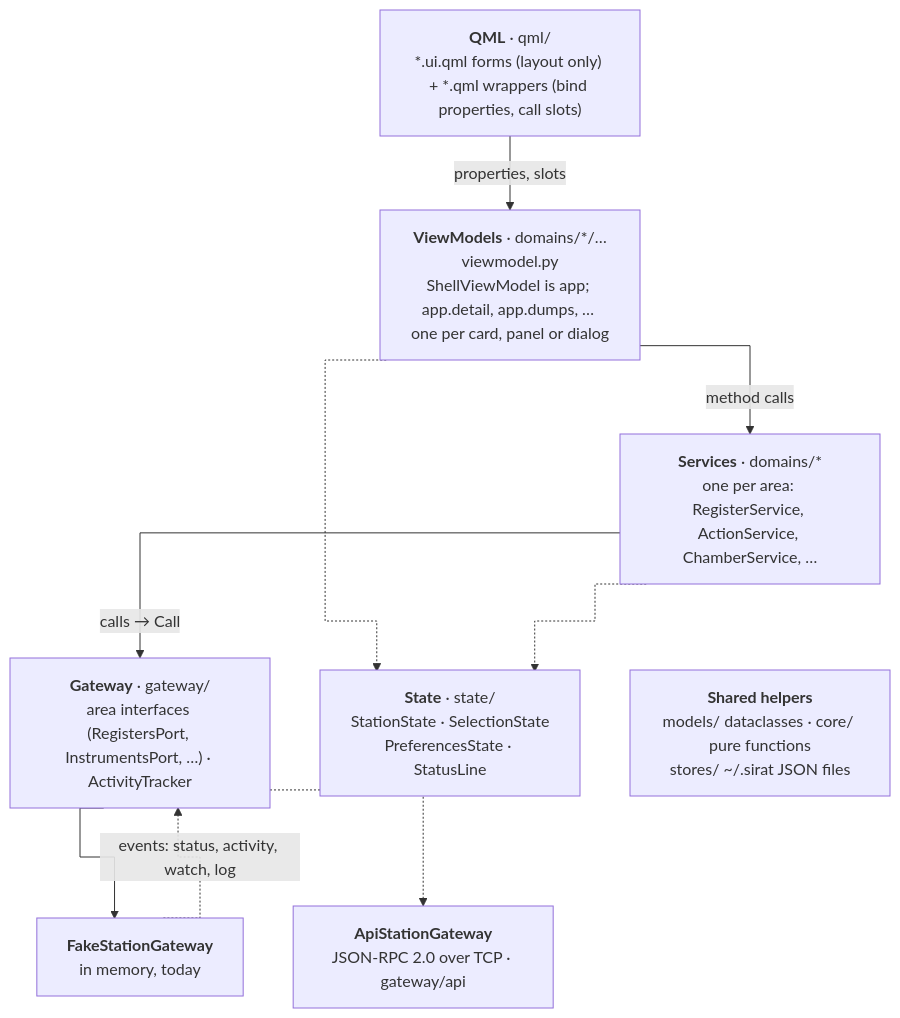
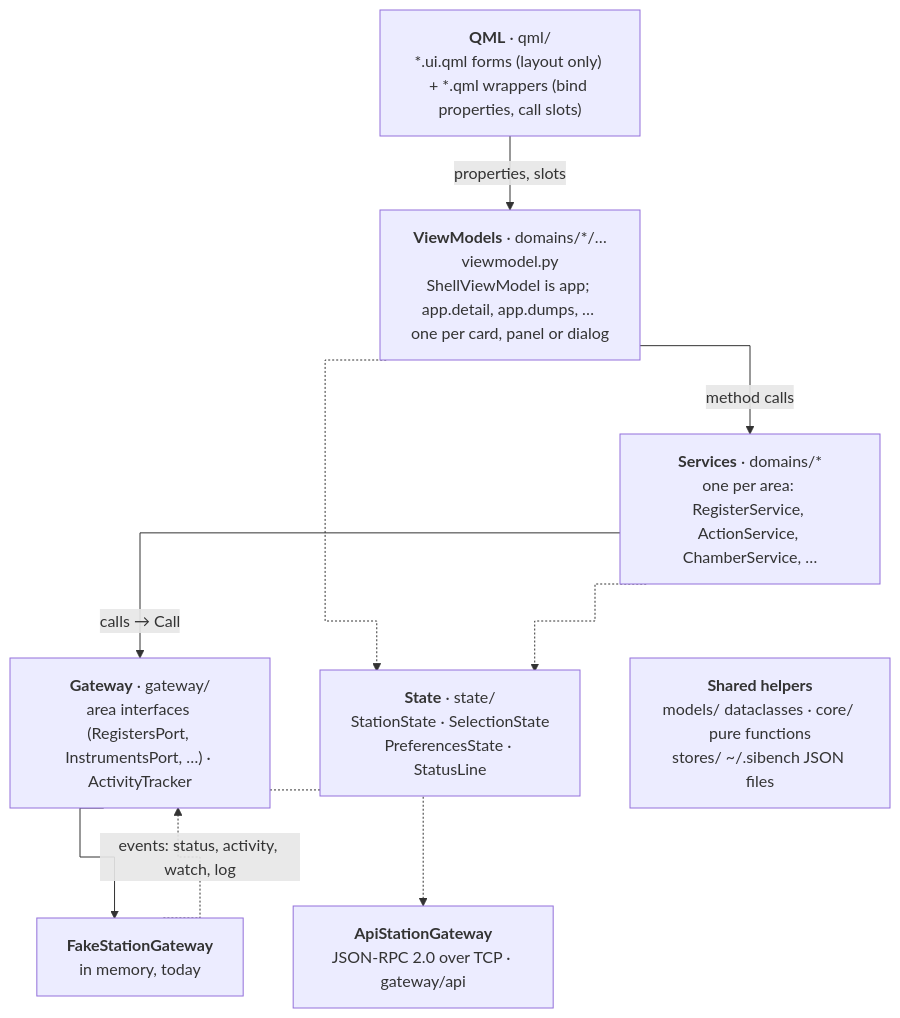
The first of 30 diagrams in docs/ARCHITECTURE.md (ShoyonK/sample_ui), drawn with Mermaid before and after one commit. The commit also changed other lines of this file and 597 other files, not shown here.

````diff
--- a/docs/ARCHITECTURE.md
+++ b/docs/ARCHITECTURE.md
@@ -39,22 +39,22 @@
 ```mermaid
 %%{init: {"flowchart": {"curve": "stepAfter"}}}%%
 flowchart TB
     qml["<b>QML</b> · qml/<br/>*.ui.qml forms (layout only) + *.qml wrappers (bind properties, call slots)"]
     vm["<b>ViewModels</b> · domains/*/…viewmodel.py<br/>ShellViewModel is app; app.detail, app.dumps, … one per card, panel or dialog"]
     svc["<b>Services</b> · domains/*<br/>one per area: RegisterService, ActionService, ChamberService, …"]
     gw["<b>Gateway</b> · gateway/<br/>area interfaces (RegistersPort, InstrumentsPort, …) · ActivityTracker"]
     fake["<b>FakeStationGateway</b><br/>in memory, today"]
     api["<b>ApiStationGateway</b><br/>JSON-RPC 2.0 over TCP · gateway/api"]
     state["<b>State</b> · state/<br/>StationState · SelectionState<br/>PreferencesState · StatusLine"]
-    base["<b>Shared helpers</b><br/>models/ dataclasses · core/ pure functions<br/>stores/ ~/.sirat JSON files"]
+    base["<b>Shared helpers</b><br/>models/ dataclasses · core/ pure functions<br/>stores/ ~/.sibench JSON files"]
 
     qml -->|"properties, slots"| vm
     vm -->|"method calls"| svc
     svc -->|"calls → Call"| gw
     gw --> fake
     gw -.-> api
     vm -.-> state
     svc -.-> state
     fake -.->|"events: status, activity, watch, log"| gw
     svc ~~~ base
 ```
````
